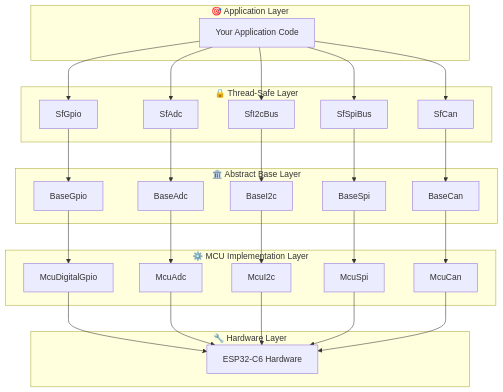
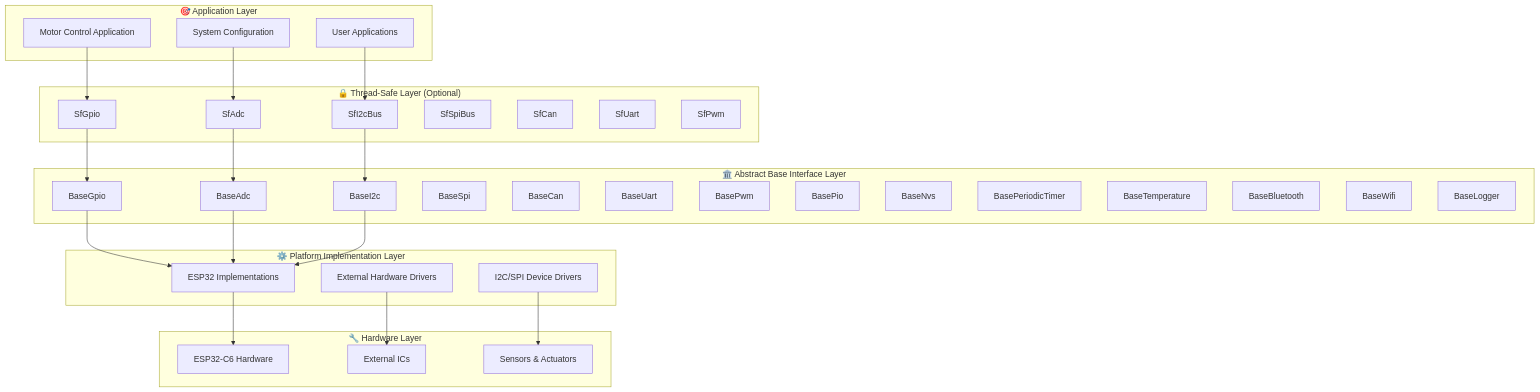
One commit to N3b3x/hf-internal-interface-wrap changed the diagram in docs/index.md. Above: the diagram before and after it, drawn with Mermaid. The commit also changed other lines of this file and 5 other files, not shown here.

````diff
--- a/docs/index.md
+++ b/docs/index.md
@@ -64,58 +66,63 @@
 ```mermaid
 graph TB
     subgraph "🎯 Application Layer"
-        A[Your Application Code]
+        A[Motor Control Application]
+        B[System Configuration]
+        C[User Applications]
     end
     
-    subgraph "🔒 Thread-Safe Layer"
-        B[SfGpio] 
-        C[SfAdc]
-        D[SfI2cBus]
-        E[SfSpiBus]
-        F[SfCan]
+    subgraph "🔒 Thread-Safe Layer (Optional)"
+        D[SfGpio] 
+        E[SfAdc]
+        F[SfI2cBus]
+        G[SfSpiBus]
+        H[SfCan]
+        I[SfUart]
+        J[SfPwm]
     end
     
-    subgraph "🏛️ Abstract Base Layer"
-        G[BaseGpio]
-        H[BaseAdc] 
-        I[BaseI2c]
-        J[BaseSpi]
-        K[BaseCan]
+    subgraph "🏛️ Abstract Base Interface Layer"
+        K[BaseGpio]
+        L[BaseAdc] 
+        M[BaseI2c]
+        N[BaseSpi]
+        O[BaseCan]
+        P[BaseUart]
+        Q[BasePwm]
+        R[BasePio]
+        S[BaseNvs]
+        T[BasePeriodicTimer]
+        U[BaseTemperature]
+        V[BaseBluetooth]
+        W[BaseWifi]
+        X[BaseLogger]
     end
     
-    subgraph "⚙️ MCU Implementation Layer"
-        L[McuDigitalGpio]
-        M[McuAdc]
-        N[McuI2c]
-        O[McuSpi]
-        P[McuCan]
+    subgraph "⚙️ Platform Implementation Layer"
+        Y[ESP32 Implementations]
+        Z[External Hardware Drivers]
+        AA[I2C/SPI Device Drivers]
     end
     
     subgraph "🔧 Hardware Layer"
-        Q[ESP32-C6 Hardware]
+        BB[ESP32-C6 Hardware]
+        CC[External ICs]
+        DD[Sensors & Actuators]
     end
     
-    A --> B
-    A --> C
     A --> D
-    A --> E
-    A --> F
+    B --> E
+    C --> F
     
-    B --> G
-    C --> H
-    D --> I
-    E --> J
-    F --> K
+    D --> K
+    E --> L
+    F --> M
     
-    G --> L
-    H --> M
-    I --> N
-    J --> O
-    K --> P
+    K --> Y
+    L --> Y
+    M --> Y
     
-    L --> Q
-    M --> Q
-    N --> Q
-    O --> Q
-    P --> Q
+    Y --> BB
+    Z --> CC
+    AA --> DD
 ```
````
